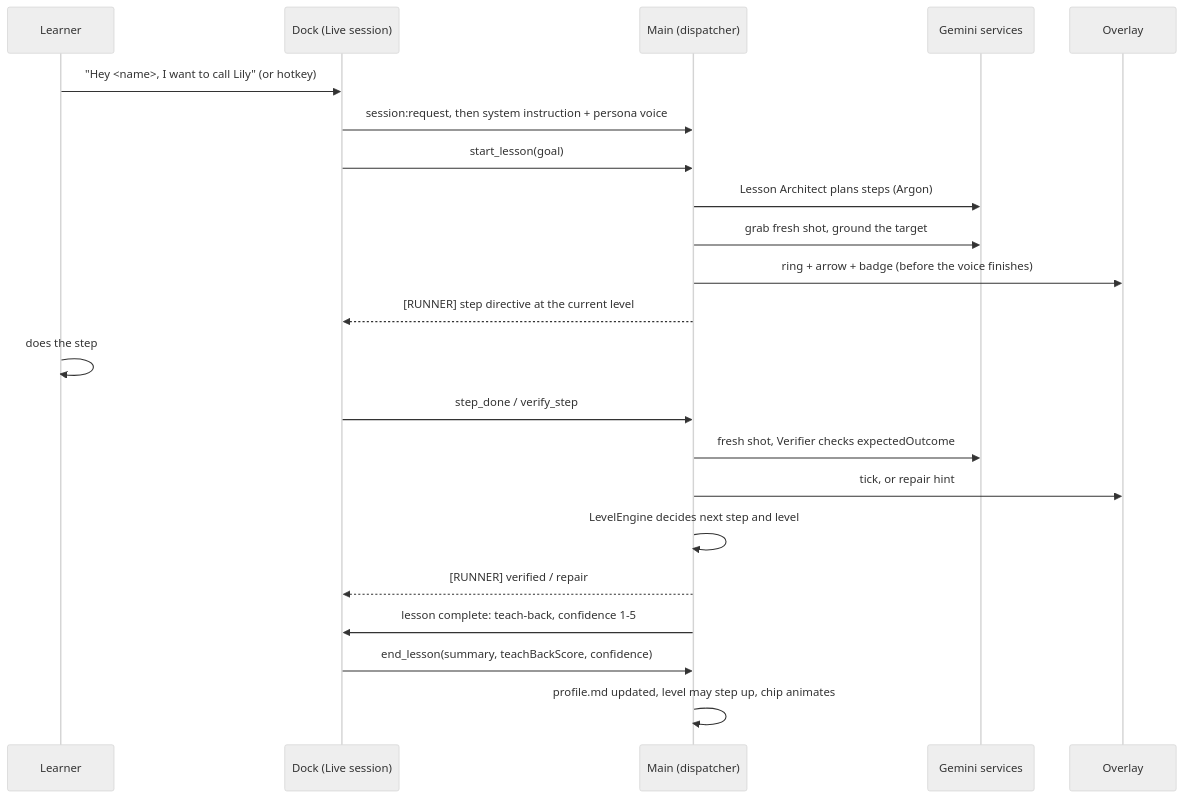
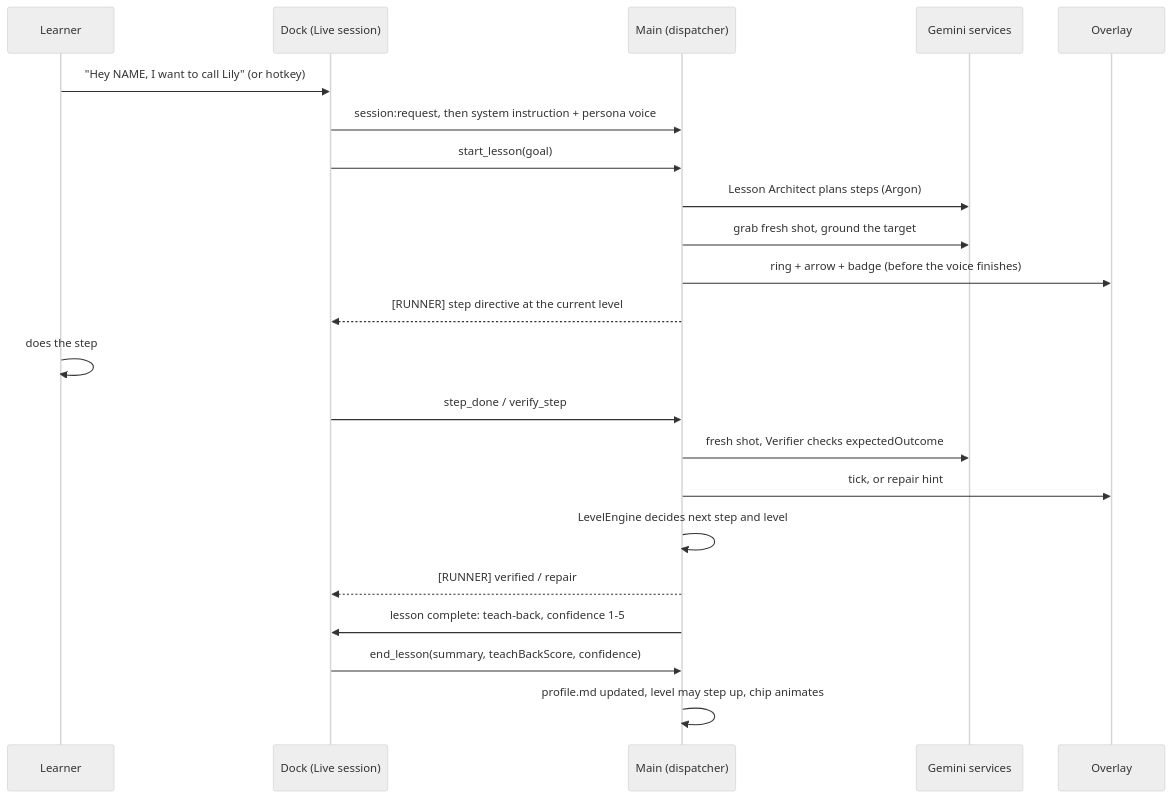
One commit to suhaanm/deepmind-hackathon changed the second of 2 diagrams in README.md. Above: the diagram before and after it, drawn with Mermaid (neutral theme). The commit also changed other lines of this file and 260 other files, not shown here.

````diff
--- a/README.md
+++ b/README.md
@@ -104,24 +105,24 @@
 ```mermaid
 sequenceDiagram
   participant U as Learner
   participant D as Dock (Live session)
   participant M as Main (dispatcher)
   participant G as Gemini services
   participant O as Overlay
-  U->>D: "Hey <name>, I want to call Lily" (or hotkey)
+  U->>D: "Hey NAME, I want to call Lily" (or hotkey)
   D->>M: session:request, then system instruction + persona voice
   D->>M: start_lesson(goal)
   M->>G: Lesson Architect plans steps (Argon)
   M->>G: grab fresh shot, ground the target
   M->>O: ring + arrow + badge (before the voice finishes)
   M-->>D: [RUNNER] step directive at the current level
   U->>U: does the step
   D->>M: step_done / verify_step
   M->>G: fresh shot, Verifier checks expectedOutcome
   M->>O: tick, or repair hint
   M->>M: LevelEngine decides next step and level
   M-->>D: [RUNNER] verified / repair
   M->>D: lesson complete: teach-back, confidence 1-5
   D->>M: end_lesson(summary, teachBackScore, confidence)
   M->>M: profile.md updated, level may step up, chip animates
 ```
````
